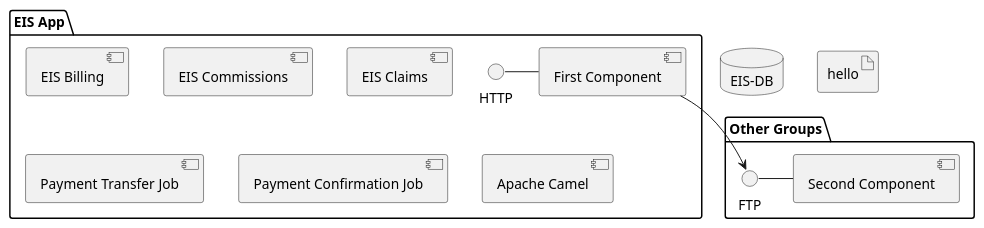
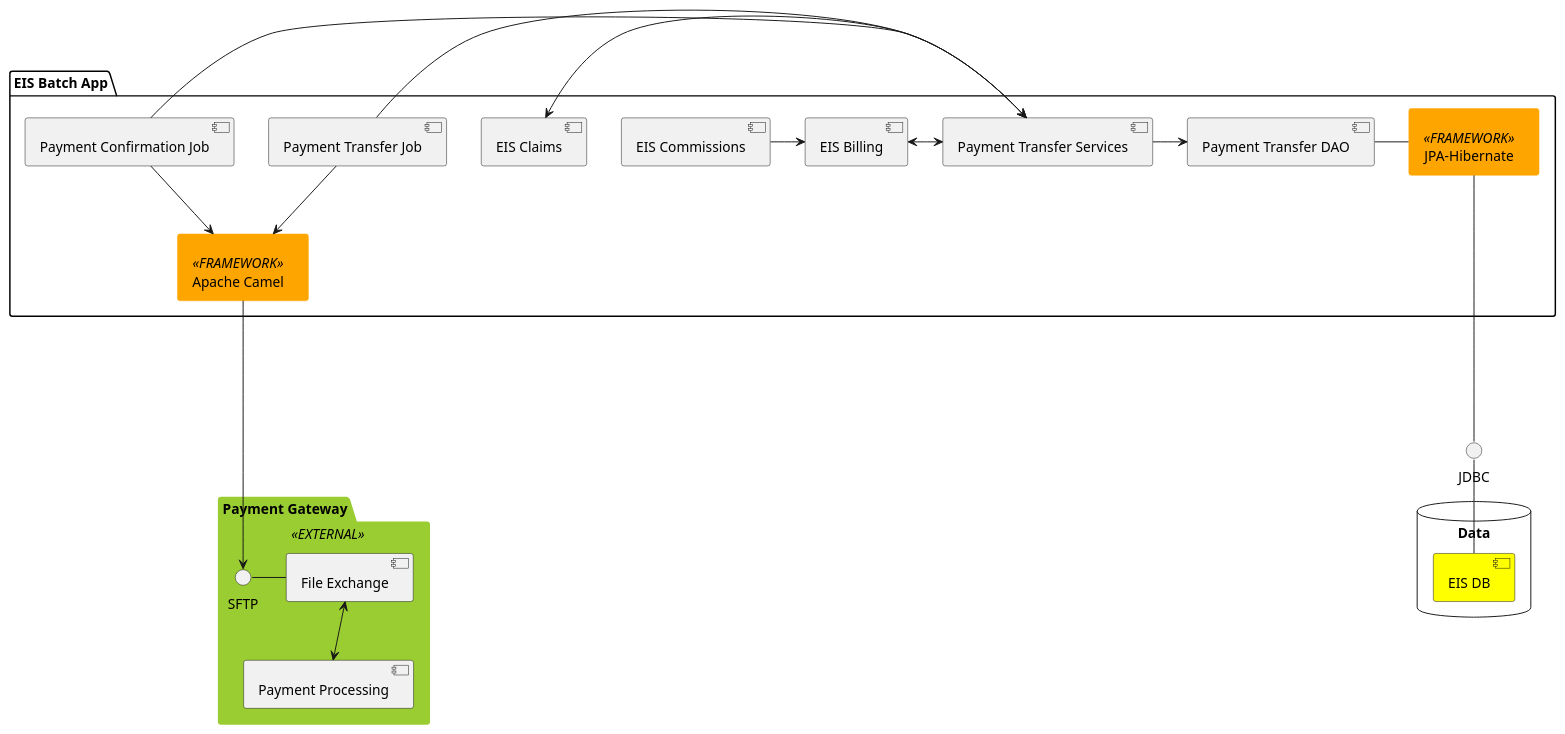
Before and after one commit to evgueni-spb/bootcamp: the diagram in deployment-diagram.puml, drawn with PlantUML. The commit also changed 1 other file, not shown here.

Commit message:
added deployment overview, updated deployment diagram for payments

```diff
--- a/deployment-diagram.puml
+++ b/deployment-diagram.puml
@@ -1,25 +1,60 @@
 @startuml
 
-package "EIS App" {
-HTTP - [First Component]
+
+
+skinparam  package {
+
+	BackgroundColor<<EXTERNAL>> YellowGreen
+	BorderColor<< EXTERNAL >> YellowGreen
+
+}
+
+skinparam component {
+  BackgroundColor<<FRAMEWORK>> orange
+  BorderColor<< FRAMEWORK >> orange
+
+}
+
+
+package "EIS Batch App" {
 [EIS Billing]
 [EIS Commissions]
 [EIS Claims]
 [Payment Transfer Job]
 [Payment Confirmation Job]
-[Apache Camel]
+[Apache Camel]<<FRAMEWORK>>
+[Payment Transfer Services]
+[Payment Transfer DAO]
+[JPA-Hibernate]<<FRAMEWORK>>
 }
 
-database EIS-DB {
-
+database Data {
+[EIS DB] #Yellow
 }
 
-artifact hello
+[Payment Transfer DAO] - [JPA-Hibernate]
+[JPA-Hibernate] ---- JDBC
+JDBC -- [EIS DB]
 
-package "Other Groups" {
-FTP - [Second Component]
 
-[First Component] --> FTP
+package "Payment Gateway"<< EXTERNAL >> {
+SFTP - [File Exchange]
+[Payment Processing]
 }
 
+[File Exchange] <--> [Payment Processing]
+
+[Payment Transfer Job] --> [Apache Camel]
+
+[Payment Confirmation Job]  --> [Apache Camel]
+[Apache Camel] ----> SFTP
+[EIS Billing] <-> [Payment Transfer Services]
+[EIS Commissions] -> [EIS Billing]
+[EIS Claims]  <-> [Payment Transfer Services]
+[Payment Transfer Services] -> [Payment Transfer DAO]
+[Payment Transfer Job] -> [Payment Transfer Services]
+[Payment Confirmation Job] -> [Payment Transfer Services]
+
+
+
 @enduml
```
